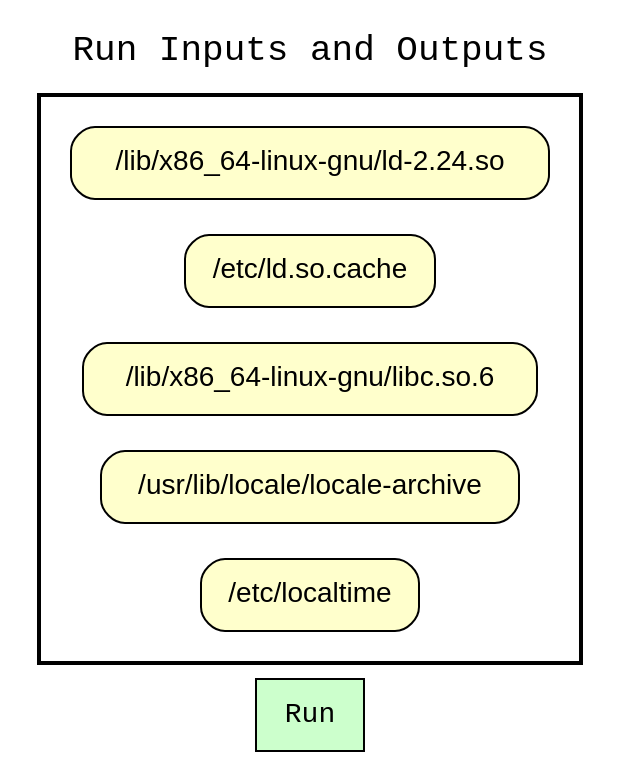
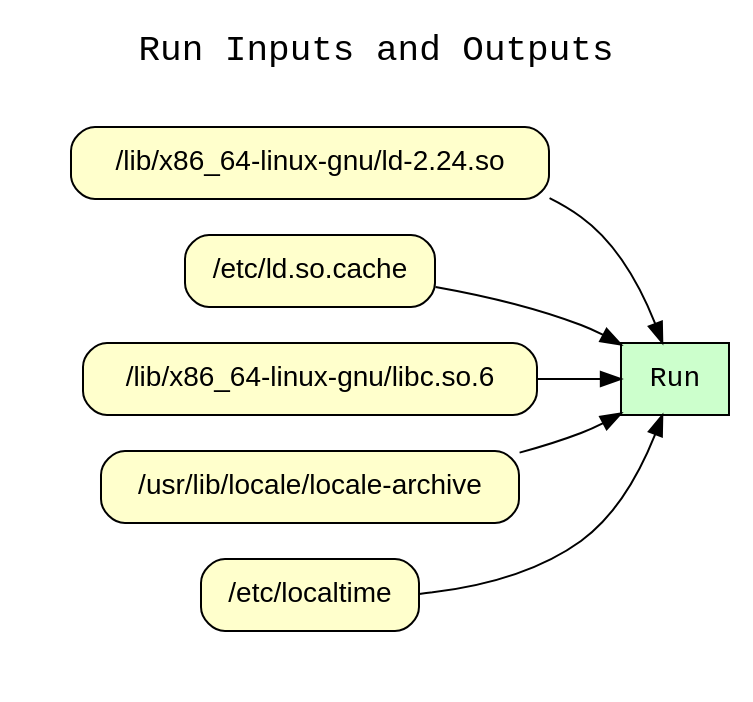
One commit to CIRSS/cpr changed the diagram in examples/01-date-cmd/graphs/wt_run_inputs_outputs.dot. Above: the diagram before and after it, drawn with Graphviz. The commit also changed 16 other files, not shown here.

Commit message:
Added edges from inputs to run, and from run to outputs.

```diff
--- a/examples/01-date-cmd/graphs/wt_run_inputs_outputs.dot
+++ b/examples/01-date-cmd/graphs/wt_run_inputs_outputs.dot
@@ -1,21 +1,26 @@
 
 digraph wt_run {
 rankdir=LR
 fontname=Courier; fontsize=18; labelloc=t
 label="Run Inputs and Outputs"
 node[shape=box style="filled" fillcolor="#CCFFCC" peripheries=1 fontname=Courier]
 "Run"
-subgraph cluster_inputs { label=""; color=black; penwidth=2
+subgraph cluster_inputs { label=""; color=white; penwidth=2
 subgraph cluster_inputs_inner { label=""; color=white
 node[shape=box style="rounded,filled" fillcolor="#FFFFCC" peripheries=1 fontname=Helvetica]
 "input:/lib/x86_64-linux-gnu/ld-2.24.so" [label="/lib/x86_64-linux-gnu/ld-2.24.so"]
 "input:/etc/ld.so.cache" [label="/etc/ld.so.cache"]
 "input:/lib/x86_64-linux-gnu/libc.so.6" [label="/lib/x86_64-linux-gnu/libc.so.6"]
 "input:/usr/lib/locale/locale-archive" [label="/usr/lib/locale/locale-archive"]
 "input:/etc/localtime" [label="/etc/localtime"]
 }}
-subgraph cluster_outputs { label=""; color=black; penwidth=2
+subgraph cluster_outputs { label=""; color=white; penwidth=2
 subgraph cluster_outputs_inner { label=""; color=white
 node[shape=box style="rounded,filled" fillcolor="#FFFFCC" peripheries=1 fontname=Helvetica]
 }}
+"input:/lib/x86_64-linux-gnu/ld-2.24.so" -> "Run"
+"input:/etc/ld.so.cache" -> "Run"
+"input:/lib/x86_64-linux-gnu/libc.so.6" -> "Run"
+"input:/usr/lib/locale/locale-archive" -> "Run"
+"input:/etc/localtime" -> "Run"
 }
```
